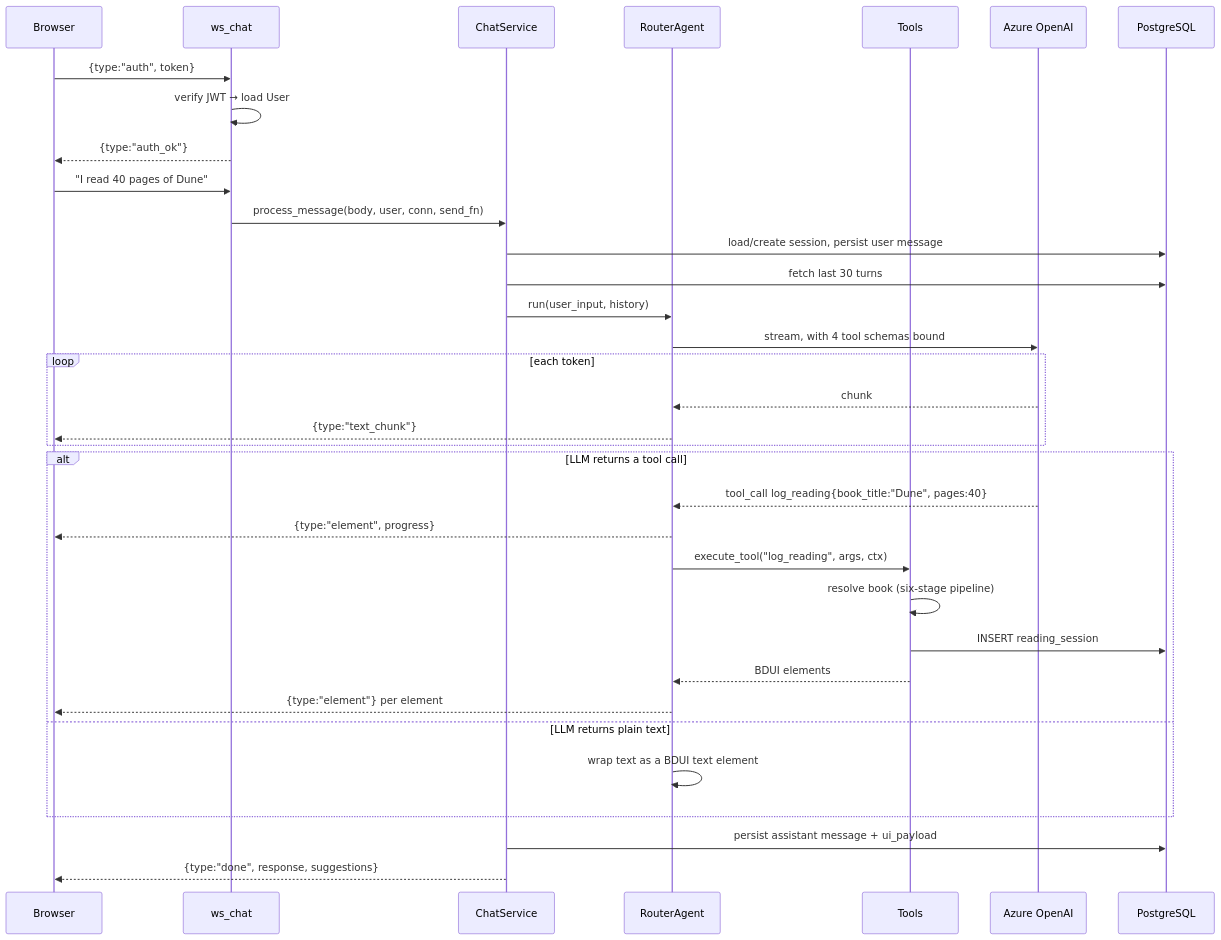
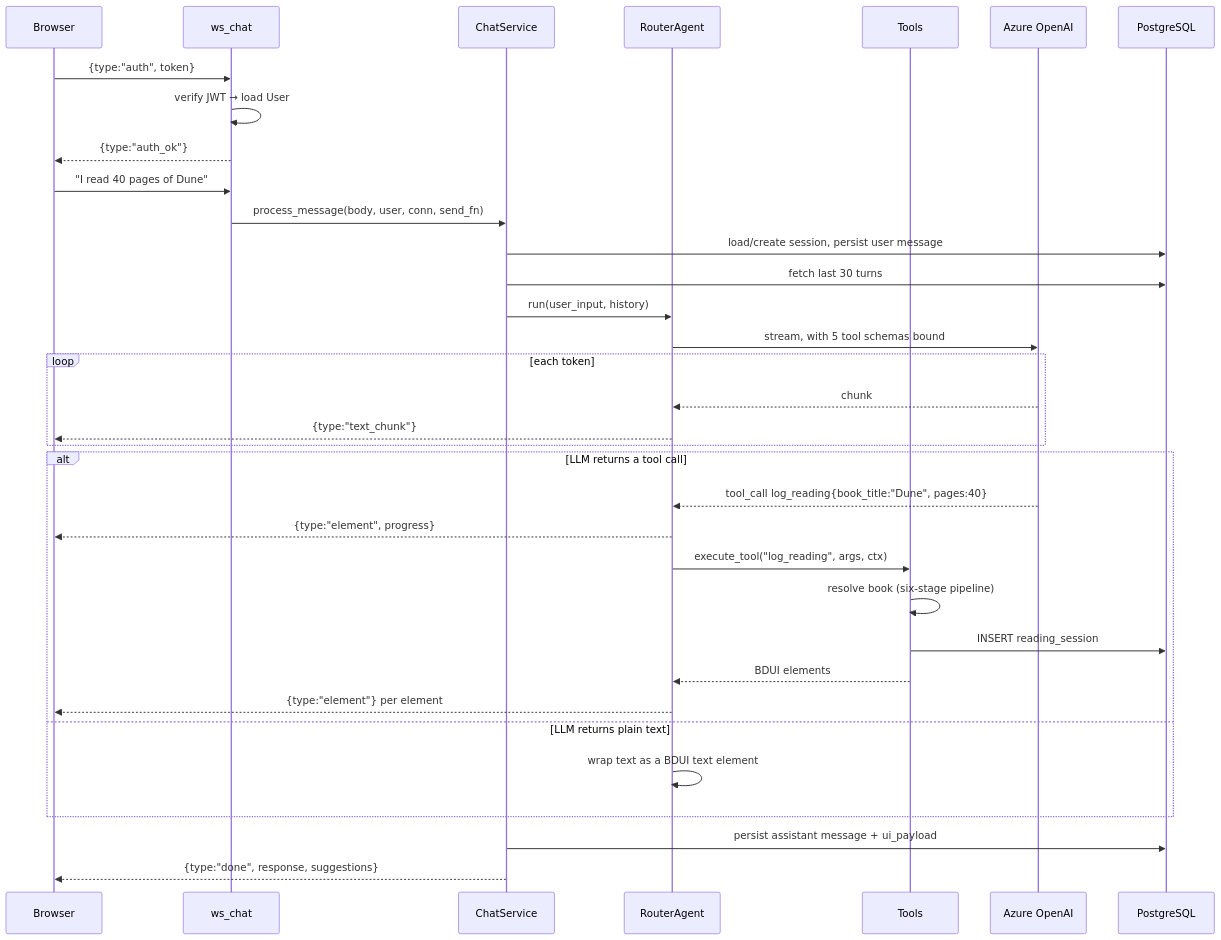
The third of 4 diagrams in README.md (rohitxseth/readledgerx), drawn with Mermaid before and after one commit. The commit also changed other lines of this file and 20 other files, not shown here.

````diff
--- a/README.md
+++ b/README.md
@@ -134,41 +183,41 @@
 ```mermaid
 sequenceDiagram
     participant U as Browser
     participant WS as ws_chat
     participant CS as ChatService
     participant RA as RouterAgent
     participant T as Tools
     participant LLM as Azure OpenAI
     participant DB as PostgreSQL
 
     U->>WS: {type:"auth", token}
     WS->>WS: verify JWT → load User
     WS-->>U: {type:"auth_ok"}
 
     U->>WS: "I read 40 pages of Dune"
     WS->>CS: process_message(body, user, conn, send_fn)
     CS->>DB: load/create session, persist user message
     CS->>DB: fetch last 30 turns
     CS->>RA: run(user_input, history)
 
-    RA->>LLM: stream, with 4 tool schemas bound
+    RA->>LLM: stream, with 5 tool schemas bound
     loop each token
         LLM-->>RA: chunk
         RA-->>U: {type:"text_chunk"}
     end
 
     alt LLM returns a tool call
         LLM-->>RA: tool_call log_reading{book_title:"Dune", pages:40}
         RA-->>U: {type:"element", progress}
         RA->>T: execute_tool("log_reading", args, ctx)
         T->>T: resolve book (six-stage pipeline)
         T->>DB: INSERT reading_session
         T-->>RA: BDUI elements
         RA-->>U: {type:"element"} per element
     else LLM returns plain text
         RA->>RA: wrap text as a BDUI text element
     end
 
     CS->>DB: persist assistant message + ui_payload
     CS-->>U: {type:"done", response, suggestions}
 ```
````
